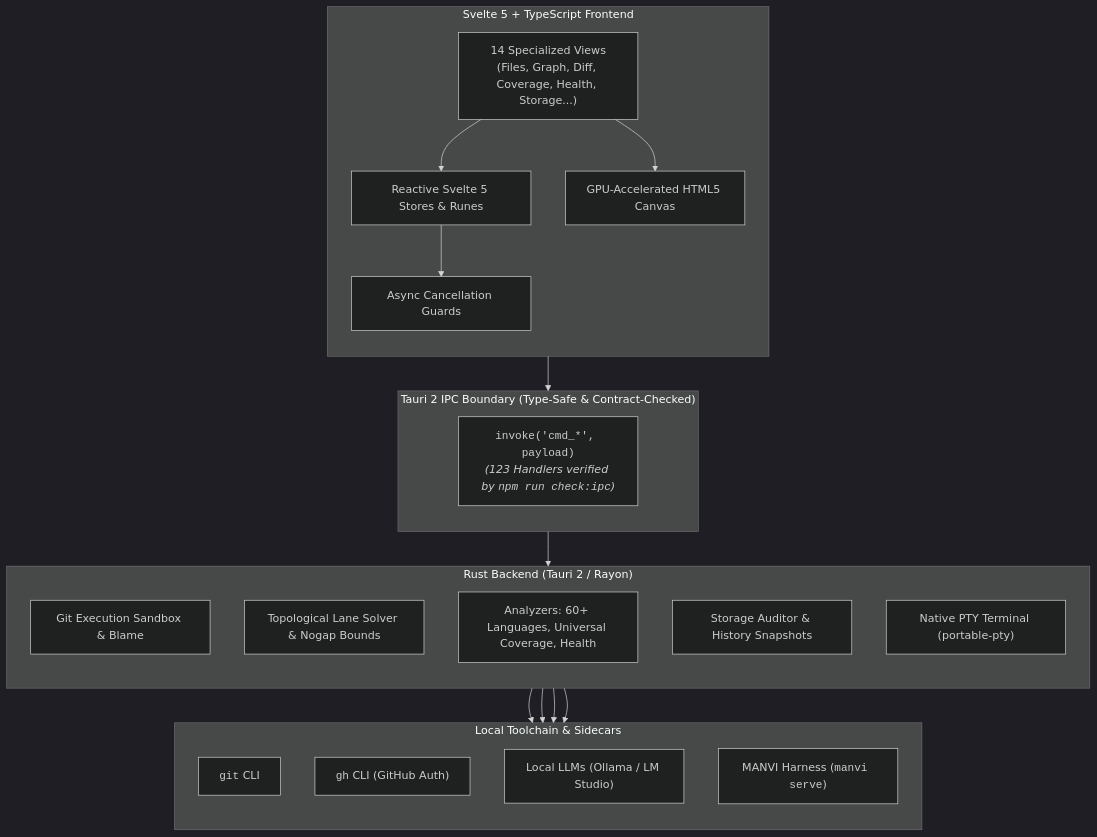
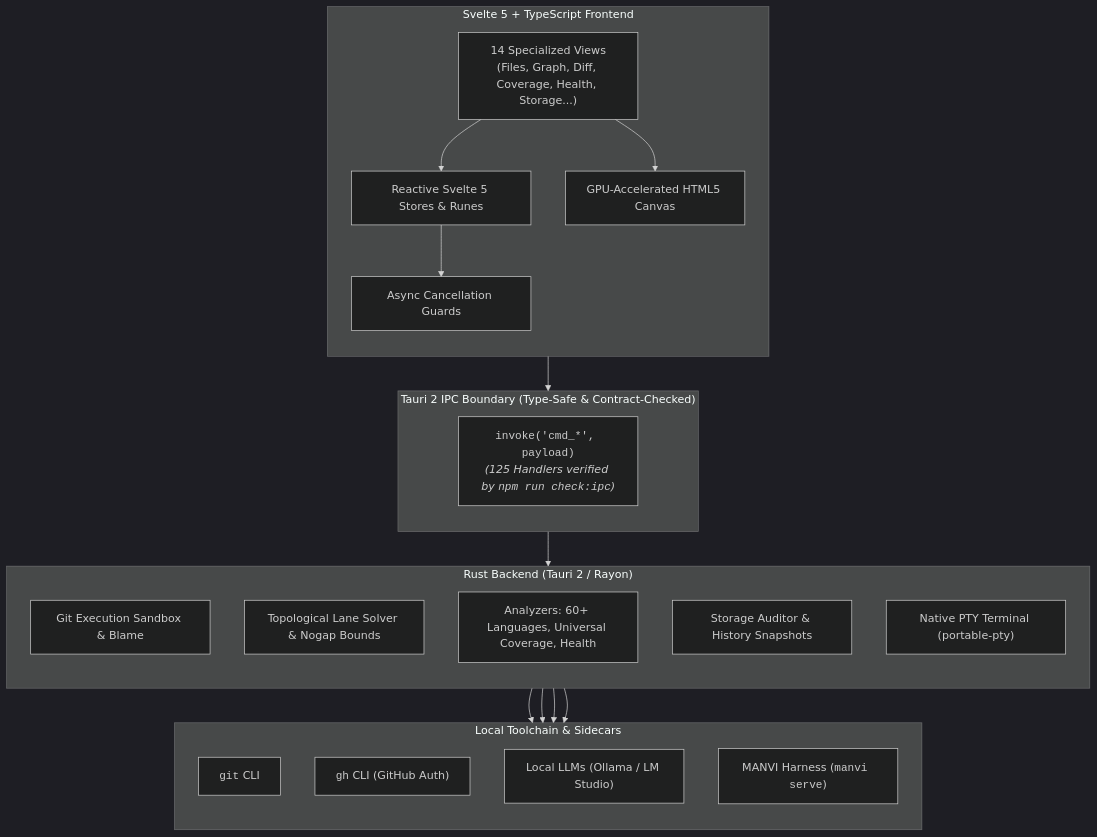
The first of 4 diagrams in README.md (bharathvbcr/GitPulse), drawn with Mermaid (dark theme) before and after one commit. The commit also changed other lines of this file and 21 other files, not shown here.

````diff
--- a/README.md
+++ b/README.md
@@ -41,43 +41,43 @@
 ```mermaid
 flowchart TB
     subgraph Frontend["Svelte 5 + TypeScript Frontend"]
         direction TB
         Views["14 Specialized Views<br/>(Files, Graph, Diff, Coverage, Health, Storage...)"]
         Stores["Reactive Svelte 5 Stores & Runes"]
         CanvasEngine["GPU-Accelerated HTML5 Canvas"]
         AsyncGuards["Async Cancellation Guards"]
         
         Views --> Stores
         Views --> CanvasEngine
         Stores --> AsyncGuards
     end
 
     subgraph IPC["Tauri 2 IPC Boundary (Type-Safe & Contract-Checked)"]
         direction TB
-        IPCBridge["<code>invoke('cmd_*', payload)</code><br/><i>(123 Handlers verified by <code>npm run check:ipc</code>)</i>"]
+        IPCBridge["<code>invoke('cmd_*', payload)</code><br/><i>(125 Handlers verified by <code>npm run check:ipc</code>)</i>"]
     end
 
     subgraph Backend["Rust Backend (Tauri 2 / Rayon)"]
         direction TB
         GitSandbox["Git Execution Sandbox & Blame"]
         GraphSolver["Topological Lane Solver & Nogap Bounds"]
         Analyzers["Analyzers: 60+ Languages, Universal Coverage, Health"]
         StorageEngine["Storage Auditor & History Snapshots"]
         TerminalPTY["Native PTY Terminal (portable-pty)"]
     end
 
     subgraph LocalTools["Local Toolchain & Sidecars"]
         direction TB
         GitCLI["<code>git</code> CLI"]
         GhCLI["<code>gh</code> CLI (GitHub Auth)"]
         LocalAI["Local LLMs (Ollama / LM Studio)"]
         ManviSidecar["MANVI Harness (<code>manvi serve</code>)"]
     end
 
     AsyncGuards --> IPCBridge
     IPCBridge --> Backend
     GitSandbox --> GitCLI
     Analyzers --> GhCLI
     Analyzers --> LocalAI
     Backend --> ManviSidecar
 ```
````
